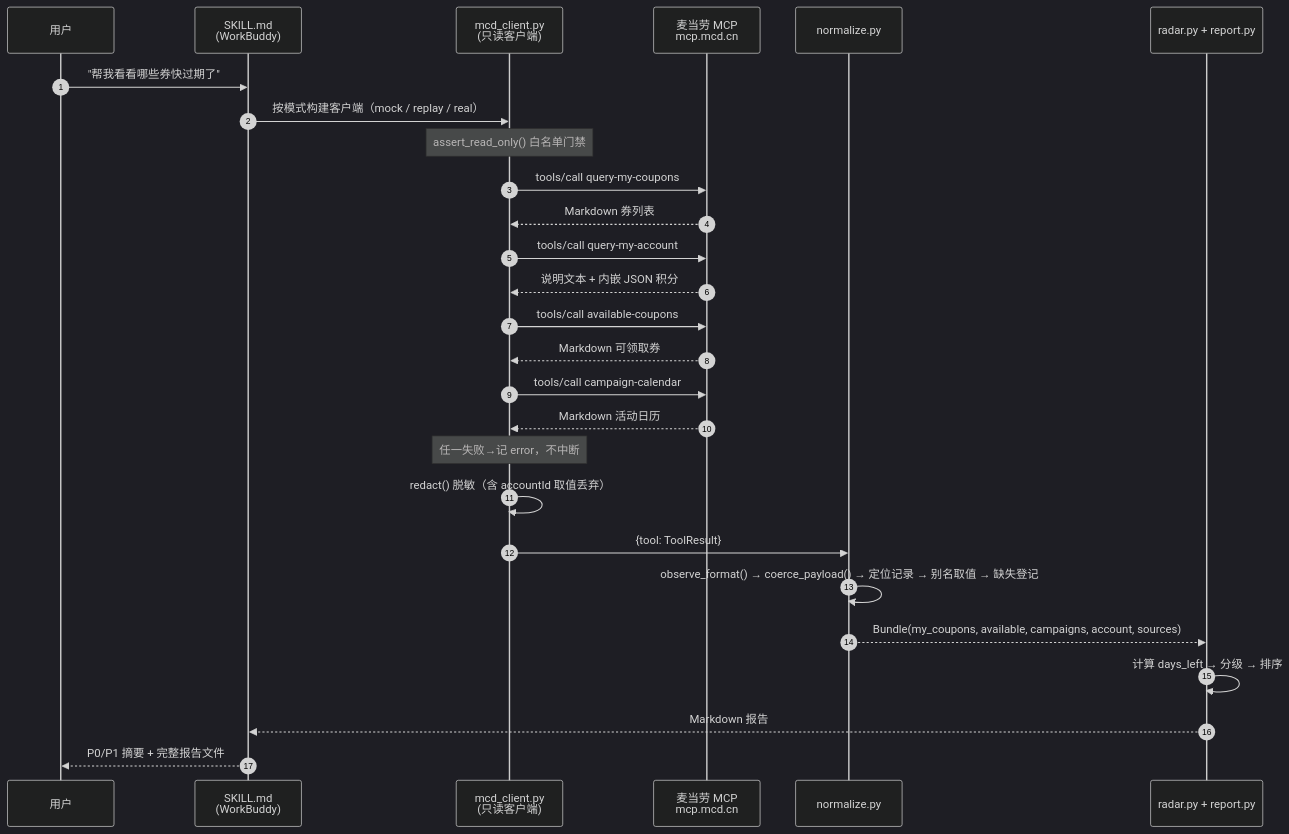
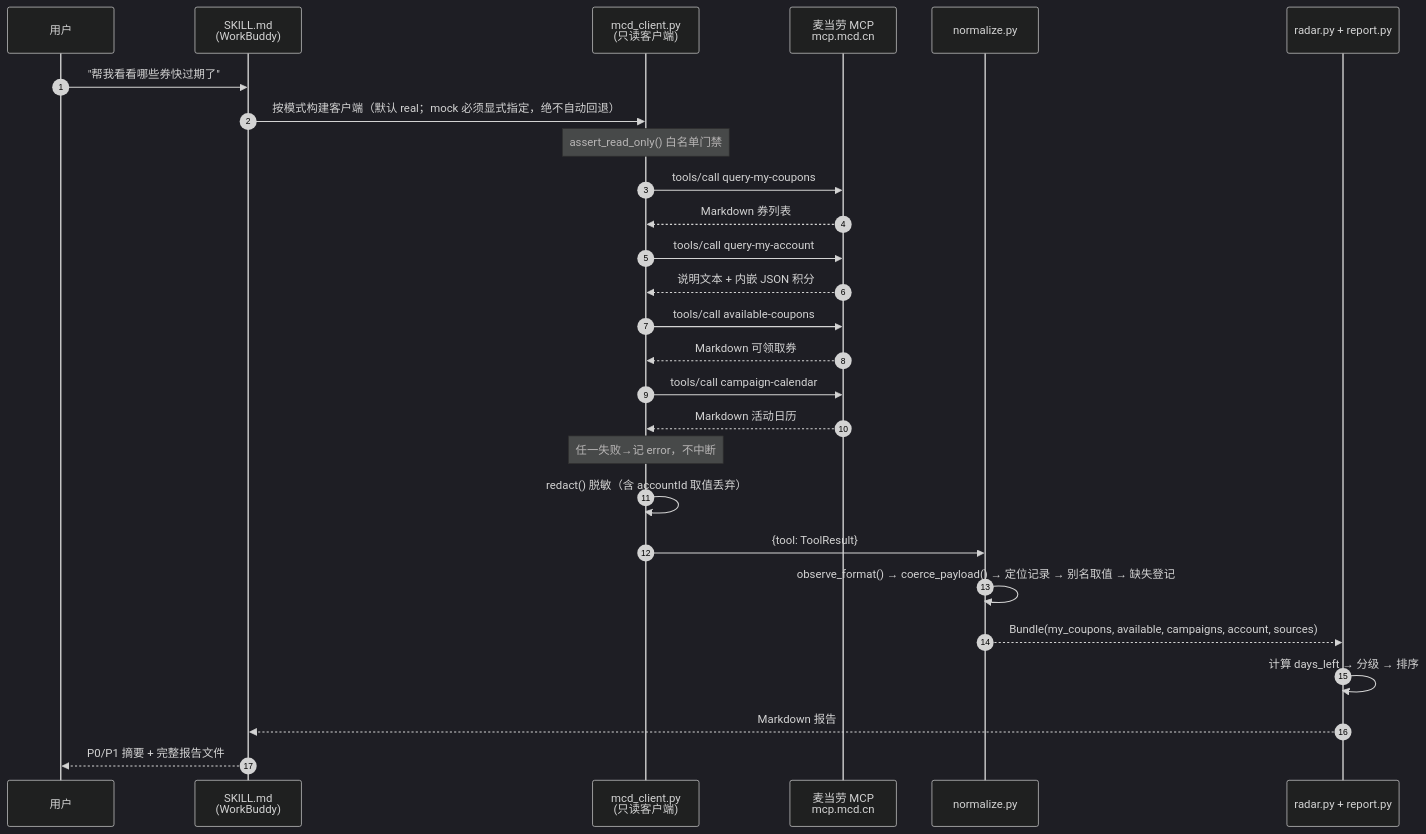
Before and after one commit to conan9/super-mcd-benefits-radar: the diagram in MCP_INTEGRATION.md, drawn with Mermaid (dark theme). The commit also changed other lines of this file and 12 other files, not shown here.

````diff
--- a/MCP_INTEGRATION.md
+++ b/MCP_INTEGRATION.md
@@ -76,30 +76,30 @@
 ```mermaid
 sequenceDiagram
     autonumber
     participant U as 用户
     participant S as SKILL.md<br/>(WorkBuddy)
     participant C as mcd_client.py<br/>(只读客户端)
     participant M as 麦当劳 MCP<br/>mcp.mcd.cn
     participant N as normalize.py
     participant R as radar.py + report.py
 
     U->>S: "帮我看看哪些券快过期了"
-    S->>C: 按模式构建客户端（mock / replay / real）
+    S->>C: 按模式构建客户端（默认 real；mock 必须显式指定，绝不自动回退）
     Note over C: assert_read_only() 白名单门禁
     C->>M: tools/call query-my-coupons
     M-->>C: Markdown 券列表
     C->>M: tools/call query-my-account
     M-->>C: 说明文本 + 内嵌 JSON 积分
     C->>M: tools/call available-coupons
     M-->>C: Markdown 可领取券
     C->>M: tools/call campaign-calendar
     M-->>C: Markdown 活动日历
     Note over C: 任一失败→记 error，不中断
     C->>C: redact() 脱敏（含 accountId 取值丢弃）
     C->>N: {tool: ToolResult}
     N->>N: observe_format() → coerce_payload() → 定位记录 → 别名取值 → 缺失登记
     N-->>R: Bundle(my_coupons, available, campaigns, account, sources)
     R->>R: 计算 days_left → 分级 → 排序
     R-->>S: Markdown 报告
     S-->>U: P0/P1 摘要 + 完整报告文件
 ```
````
